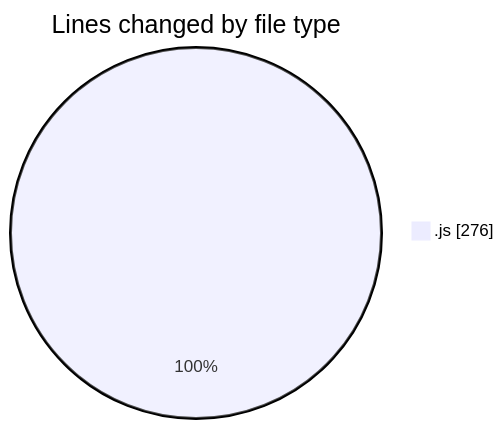
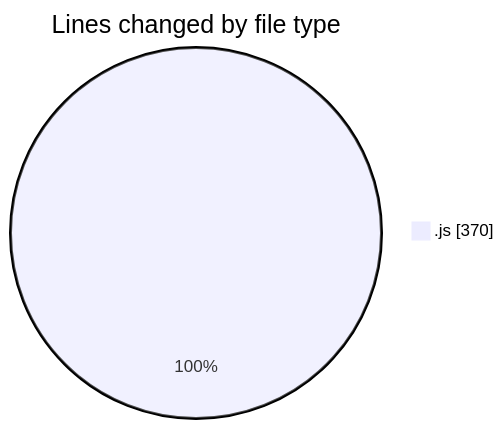
Before and after one commit to Ritupan-Deka/code-tracking: the first of 2 diagrams in 2025-07-17/mern-workoutboard/README.md, drawn with Mermaid. The commit also changed other lines of this file and 1 other file, not shown here.

````diff
--- a/2025-07-17/mern-workoutboard/README.md
+++ b/2025-07-17/mern-workoutboard/README.md
@@ -21,5 +23,5 @@
 ```mermaid
 pie showData
 title Lines changed by file type
-".js" : 276
+".js" : 370
 ```
````
